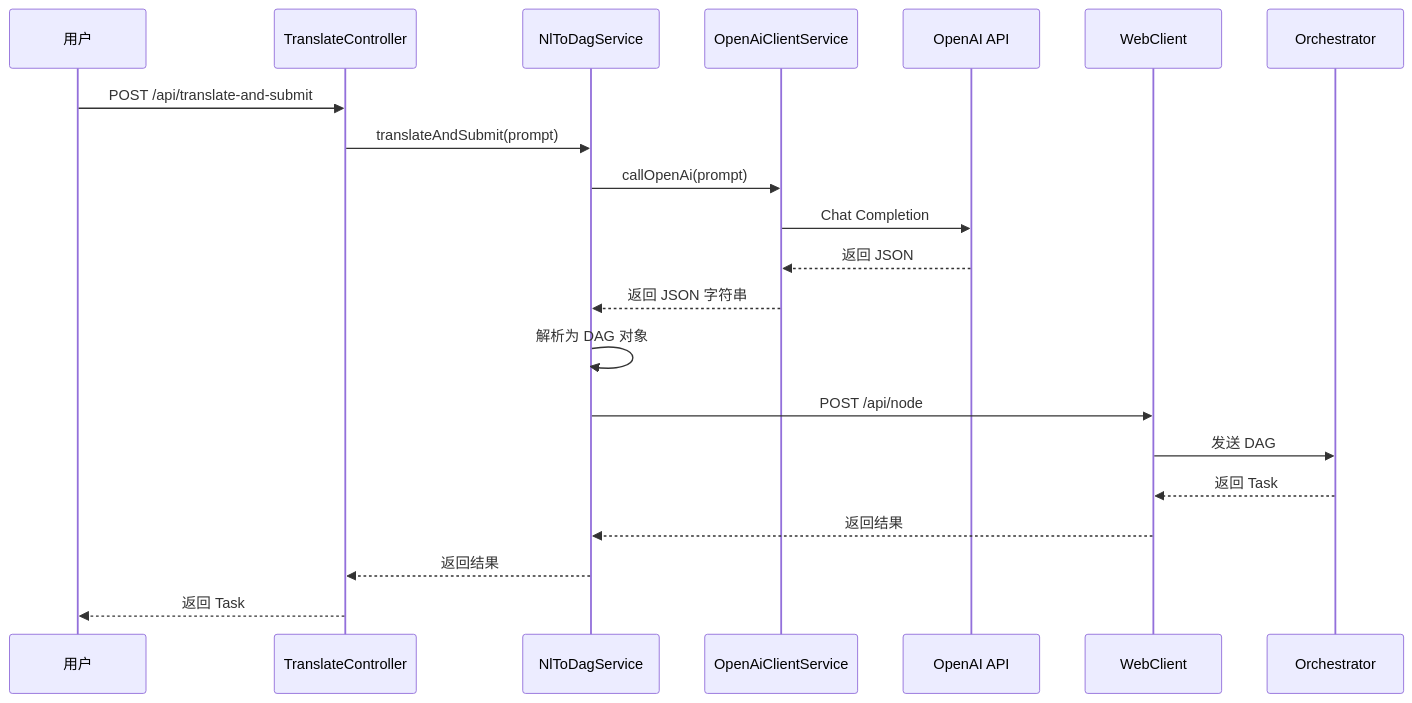
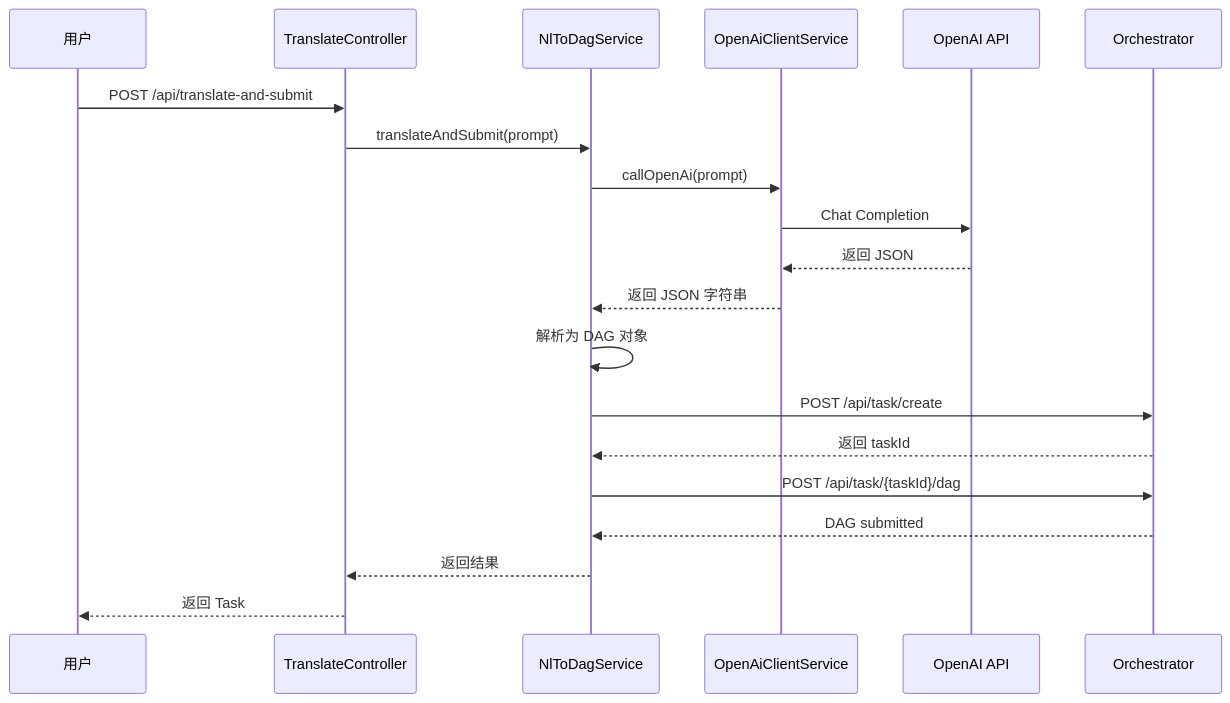
The second of 2 diagrams in docs/guides/NL_TRANSLATOR_GUIDE.md (SUSTechWLA/lingxi-ai-operation-system), drawn with Mermaid before and after one commit. The commit also changed other lines of this file and 4 other files, not shown here.

````diff
--- a/docs/guides/NL_TRANSLATOR_GUIDE.md
+++ b/docs/guides/NL_TRANSLATOR_GUIDE.md
@@ -192,24 +299,23 @@
 ```mermaid
 sequenceDiagram
     participant User as 用户
     participant TC as TranslateController
     participant NTS as NlToDagService
     participant OAS as OpenAiClientService
     participant OpenAI as OpenAI API
-    participant WebClient as WebClient
-    participant Orchestrator as Orchestrator
+    participant Orch as Orchestrator
 
     User->>TC: POST /api/translate-and-submit
     TC->>NTS: translateAndSubmit(prompt)
     NTS->>OAS: callOpenAi(prompt)
     OAS->>OpenAI: Chat Completion
     OpenAI-->>OAS: 返回 JSON
     OAS-->>NTS: 返回 JSON 字符串
     NTS->>NTS: 解析为 DAG 对象
-    NTS->>WebClient: POST /api/node
-    WebClient->>Orchestrator: 发送 DAG
-    Orchestrator-->>WebClient: 返回 Task
-    WebClient-->>NTS: 返回结果
+    NTS->>Orch: POST /api/task/create
+    Orch-->>NTS: 返回 taskId
+    NTS->>Orch: POST /api/task/{taskId}/dag
+    Orch-->>NTS: DAG submitted
     NTS-->>TC: 返回结果
     TC-->>User: 返回 Task
 ```
````
